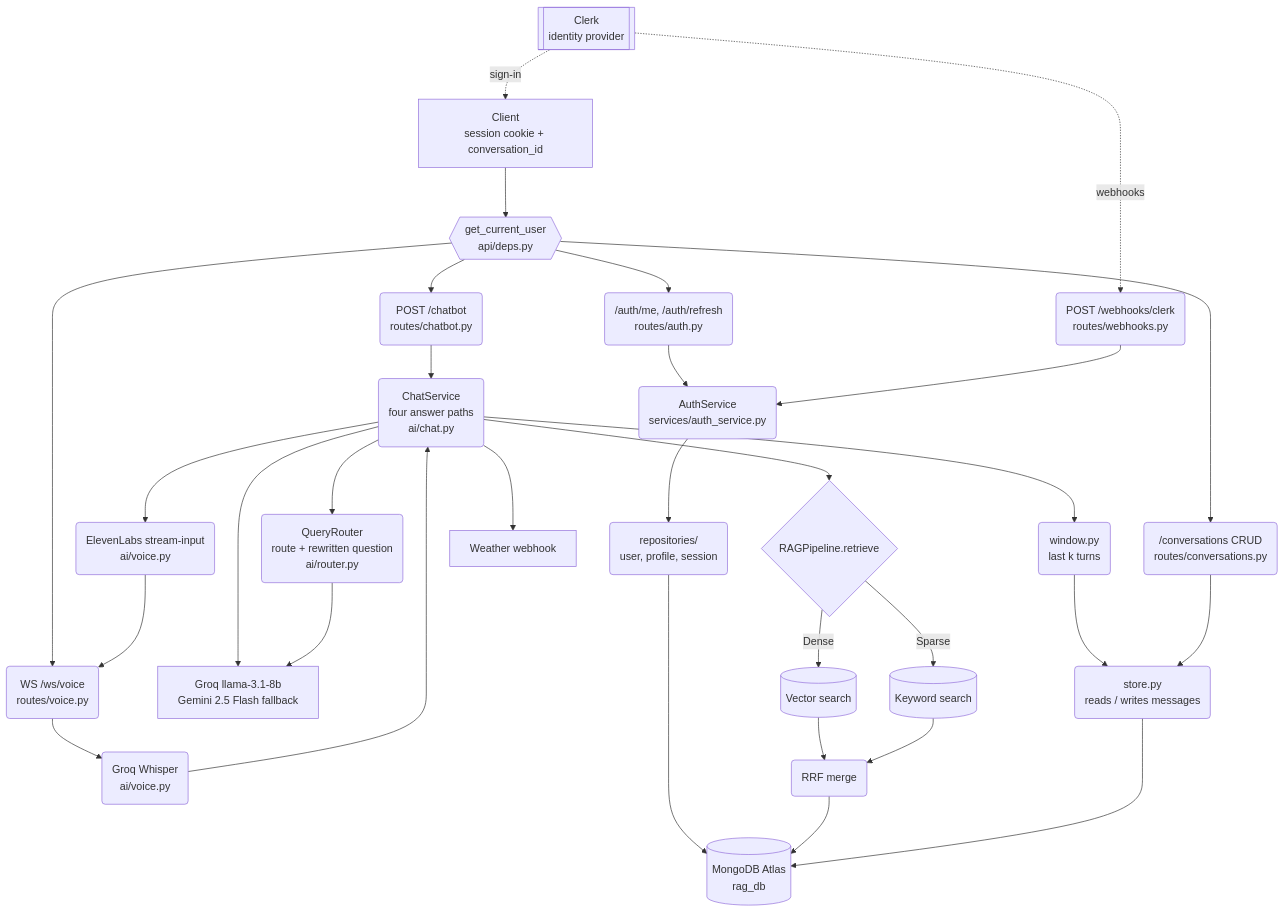
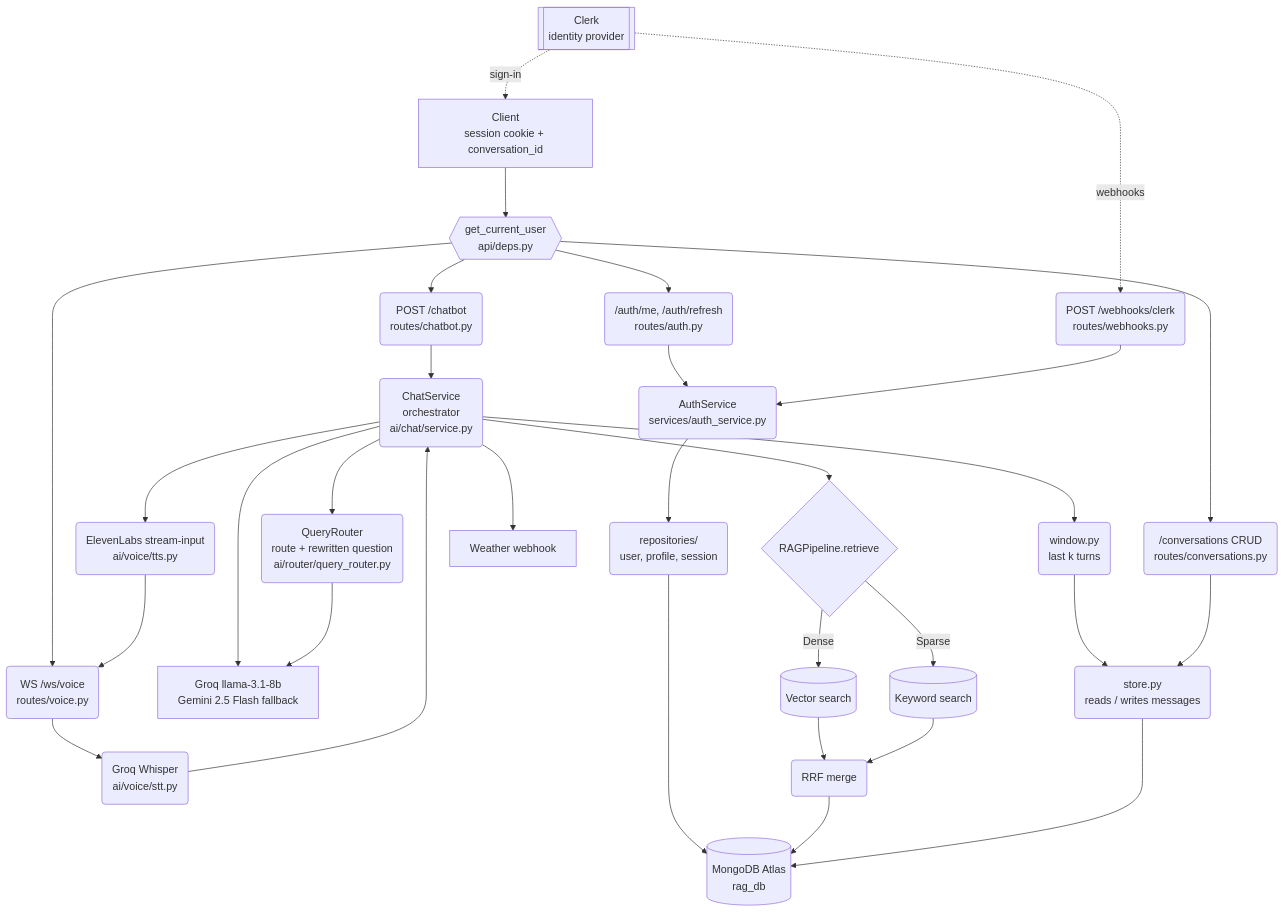
Before and after one commit to Harish1404/Naive-RAG-LangChain: the first of 4 diagrams in docs/architecture.md, drawn with Mermaid. The commit also changed other lines of this file and 49 other files, not shown here.

````diff
--- a/docs/architecture.md
+++ b/docs/architecture.md
@@ -41,39 +41,39 @@
 ```mermaid
 graph TD
     CLERK[[Clerk<br/>identity provider]] -.sign-in.-> UI
     CLERK -.webhooks.-> WH(POST /webhooks/clerk<br/>routes/webhooks.py)
 
     UI[Client<br/>session cookie + conversation_id] --> GATE
     GATE{{get_current_user<br/>api/deps.py}} --> CHATEP(POST /chatbot<br/>routes/chatbot.py)
     GATE --> VOICEEP(WS /ws/voice<br/>routes/voice.py)
     GATE --> CONVEP(/conversations CRUD<br/>routes/conversations.py)
     GATE --> AUTHEP(/auth/me, /auth/refresh<br/>routes/auth.py)
 
     AUTHEP --> AUTHSVC(AuthService<br/>services/auth_service.py)
     WH --> AUTHSVC
     AUTHSVC --> REPOS(repositories/<br/>user, profile, session)
     REPOS --> DB
 
-    VOICEEP --> STT(Groq Whisper<br/>ai/voice.py)
+    VOICEEP --> STT(Groq Whisper<br/>ai/voice/stt.py)
     STT --> SERVICE
-    CHATEP --> SERVICE(ChatService<br/>four answer paths<br/>ai/chat.py)
+    CHATEP --> SERVICE(ChatService<br/>orchestrator<br/>ai/chat/service.py)
 
-    SERVICE --> ROUTER(QueryRouter<br/>route + rewritten question<br/>ai/router.py)
+    SERVICE --> ROUTER(QueryRouter<br/>route + rewritten question<br/>ai/router/query_router.py)
     SERVICE --> WINDOW(window.py<br/>last k turns)
     SERVICE --> PIPE{RAGPipeline.retrieve}
     SERVICE --> HOOK[Weather webhook]
     SERVICE --> LLM[Groq llama-3.1-8b<br/>Gemini 2.5 Flash fallback]
-    SERVICE --> TTS(ElevenLabs stream-input<br/>ai/voice.py)
+    SERVICE --> TTS(ElevenLabs stream-input<br/>ai/voice/tts.py)
     TTS --> VOICEEP
 
     ROUTER --> LLM
     PIPE -->|Dense| VEC[(Vector search)]
     PIPE -->|Sparse| KEY[(Keyword search)]
     VEC --> RRF(RRF merge)
     KEY --> RRF
     RRF --> DB[(MongoDB Atlas<br/>rag_db)]
 
     WINDOW --> STORE(store.py<br/>reads / writes messages)
     CONVEP --> STORE
     STORE --> DB
 ```
````
